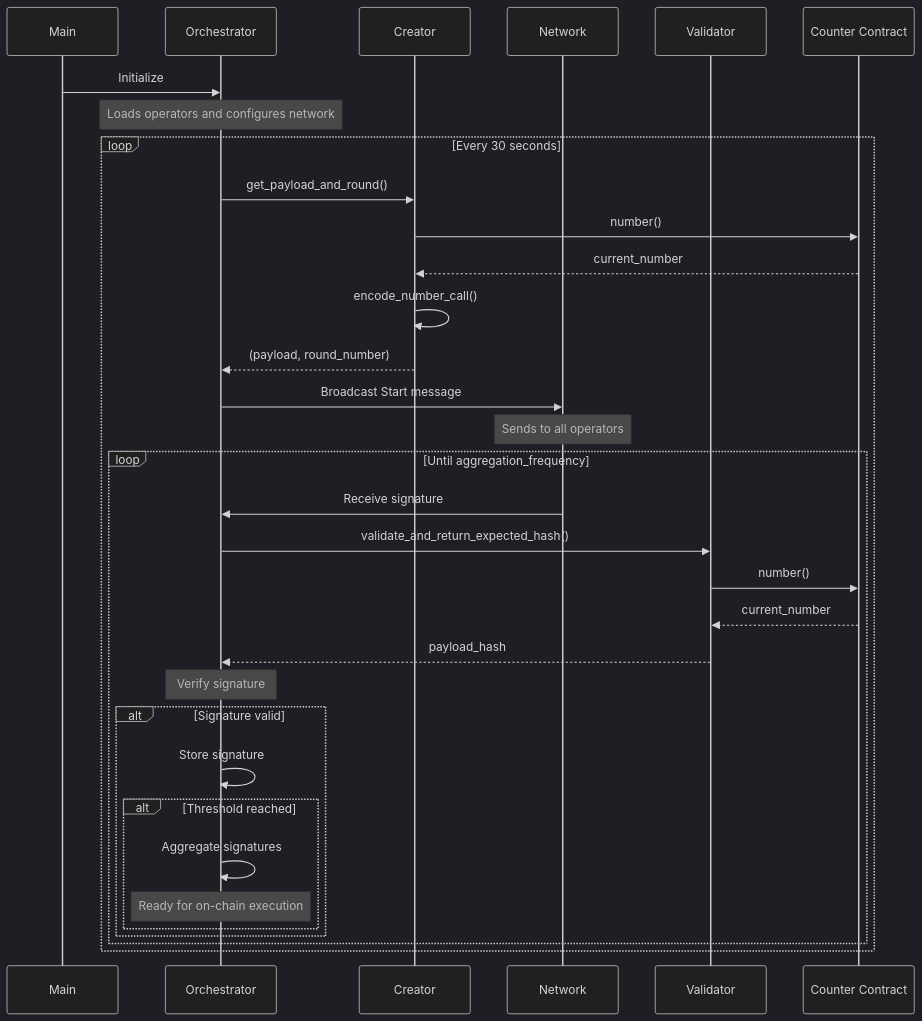
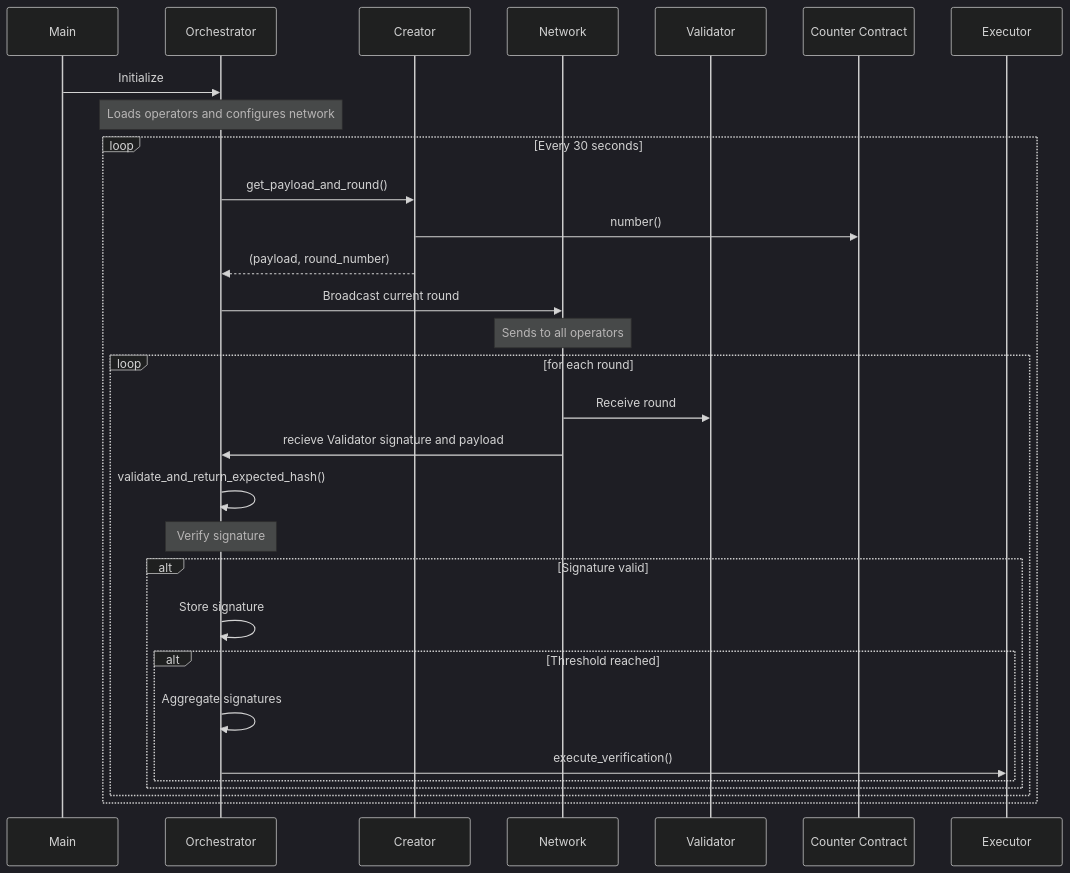
The diagram in README.md (BreadchainCoop/commonware-avs-router), drawn with Mermaid (dark theme) before and after one commit.

Commit message:
fix: apply suggestions fixing diagram

````diff
--- a/README.md
+++ b/README.md
@@ -11,42 +11,38 @@
 ```mermaid
 sequenceDiagram
     participant Main
     participant Orchestrator
     participant Creator
     participant Network
     participant Validator
     participant Counter Contract
 
     Main->>Orchestrator: Initialize
     Note over Orchestrator: Loads operators and configures network
     
     loop Every 30 seconds
         Orchestrator->>Creator: get_payload_and_round()
         Creator->>Counter Contract: number()
-        Counter Contract-->>Creator: current_number
-        Creator->>Creator: encode_number_call()
         Creator-->>Orchestrator: (payload, round_number)
         
-        Orchestrator->>Network: Broadcast Start message
+        Orchestrator->>Network: Broadcast current round 
         Note over Network: Sends to all operators
         
-        loop Until aggregation_frequency
-            Network->>Orchestrator: Receive signature
-            Orchestrator->>Validator: validate_and_return_expected_hash()
-            Validator->>Counter Contract: number()
-            Counter Contract-->>Validator: current_number
-            Validator-->>Orchestrator: payload_hash
+        loop for each round
+            Network->> Validator: Receive round
+            Network->>Orchestrator: recieve Validator signature and payload
+            Orchestrator ->> Orchestrator: validate_and_return_expected_hash()
             
             Note over Orchestrator: Verify signature
             
             alt Signature valid
                 Orchestrator->>Orchestrator: Store signature
                 
                 alt Threshold reached
                     Orchestrator->>Orchestrator: Aggregate signatures
-                    Note over Orchestrator: Ready for on-chain execution
+                    Orchestrator->> Executor: execute_verification()
                 end
             end
         end
     end
 ```
````
